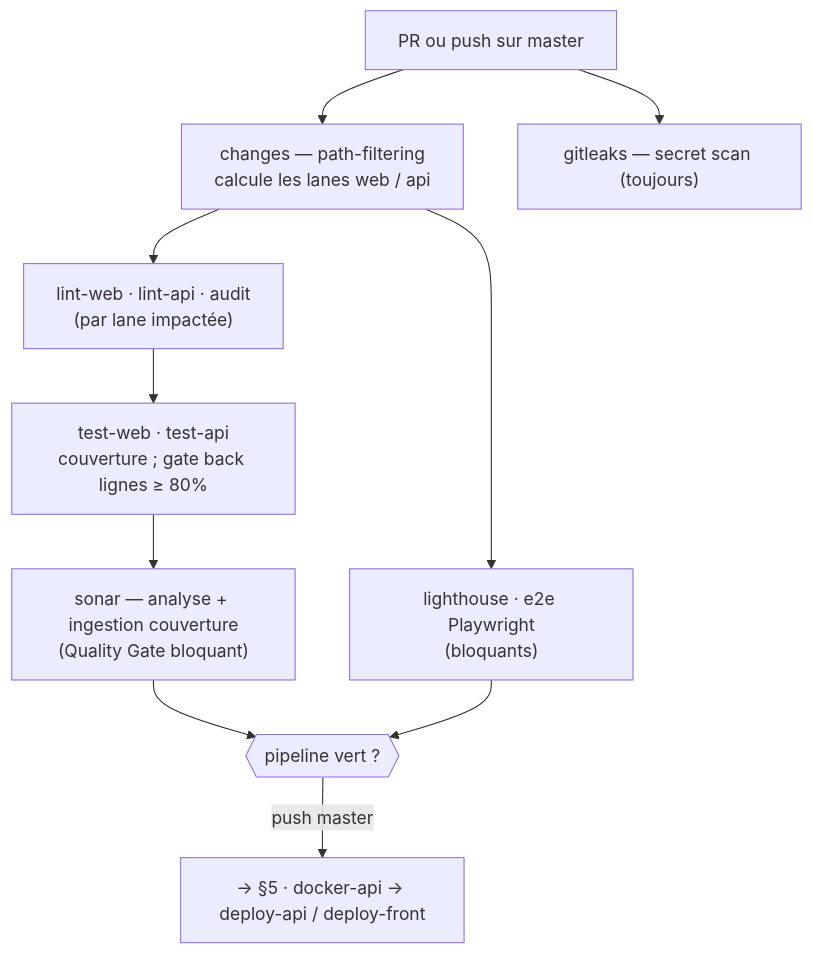
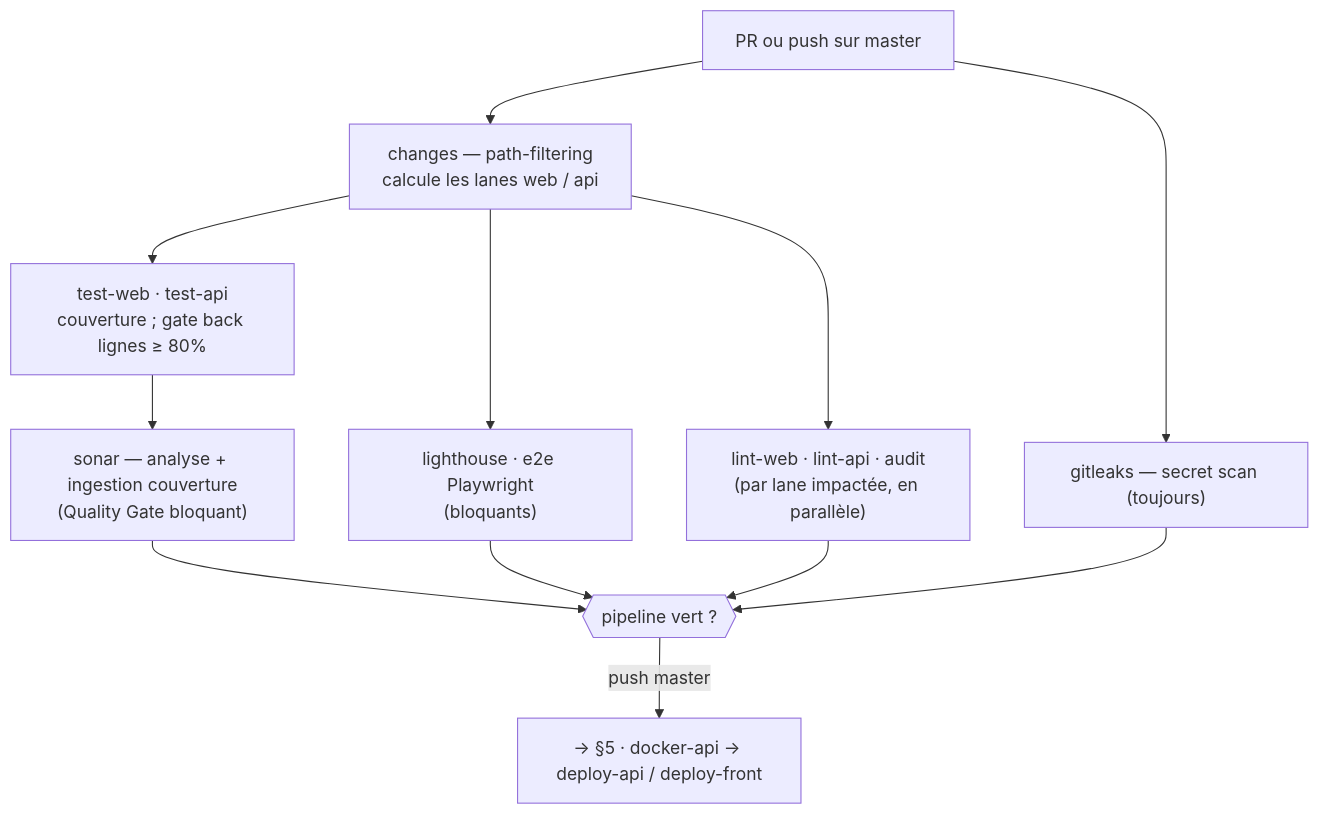
Before and after one commit to Affy657/Movie-Picker: the fourth of 5 diagrams in docs/RNCP/bloc-2-conception-developpement/dossier-bloc-2.md, drawn with Mermaid. The commit also changed other lines of this file and 1 other file, not shown here.

First line of the commit message:
docs(rncp): corrections de fond suite à l'audit complet du dossier

````diff
--- a/docs/RNCP/bloc-2-conception-developpement/dossier-bloc-2.md
+++ b/docs/RNCP/bloc-2-conception-developpement/dossier-bloc-2.md
@@ -322,12 +322,14 @@
 ```mermaid
 flowchart TD
   T["PR ou push sur master"] --> CH["changes — path-filtering<br/>calcule les lanes web / api"]
   T --> GL["gitleaks — secret scan (toujours)"]
-  CH --> L["lint-web · lint-api · audit<br/>(par lane impactée)"]
-  L --> TESTS["test-web · test-api<br/>couverture ; gate back lignes ≥ 80%"]
+  CH --> LA["lint-web · lint-api · audit<br/>(par lane impactée, en parallèle)"]
+  CH --> TESTS["test-web · test-api<br/>couverture ; gate back lignes ≥ 80%"]
   TESTS --> SO["sonar — analyse + ingestion couverture<br/>(Quality Gate bloquant)"]
   CH --> NB["lighthouse · e2e Playwright<br/>(bloquants)"]
   SO --> GATE{{"pipeline vert ?"}}
   NB --> GATE
+  LA --> GATE
+  GL --> GATE
   GATE -->|push master| CD["→ §5 · docker-api → deploy-api / deploy-front"]
 ```
````
